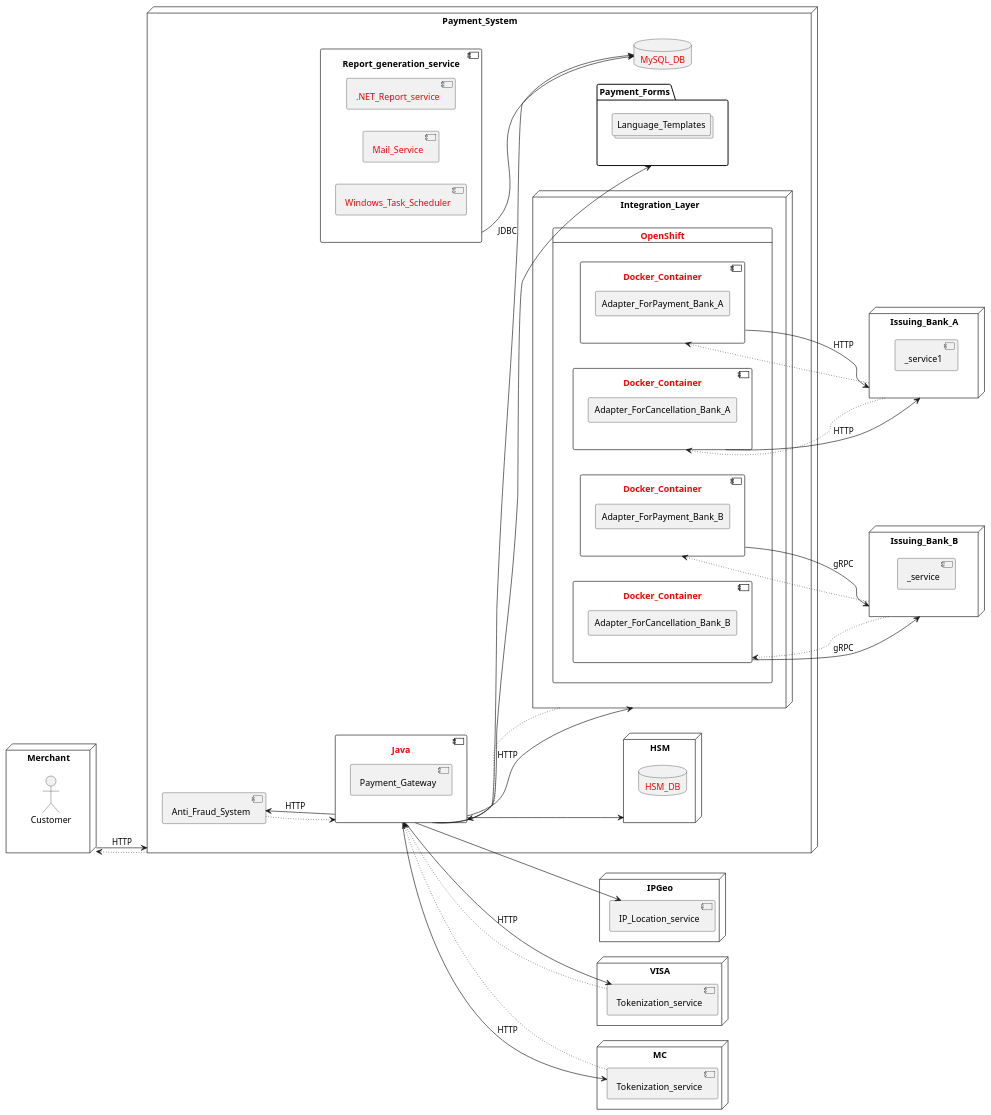
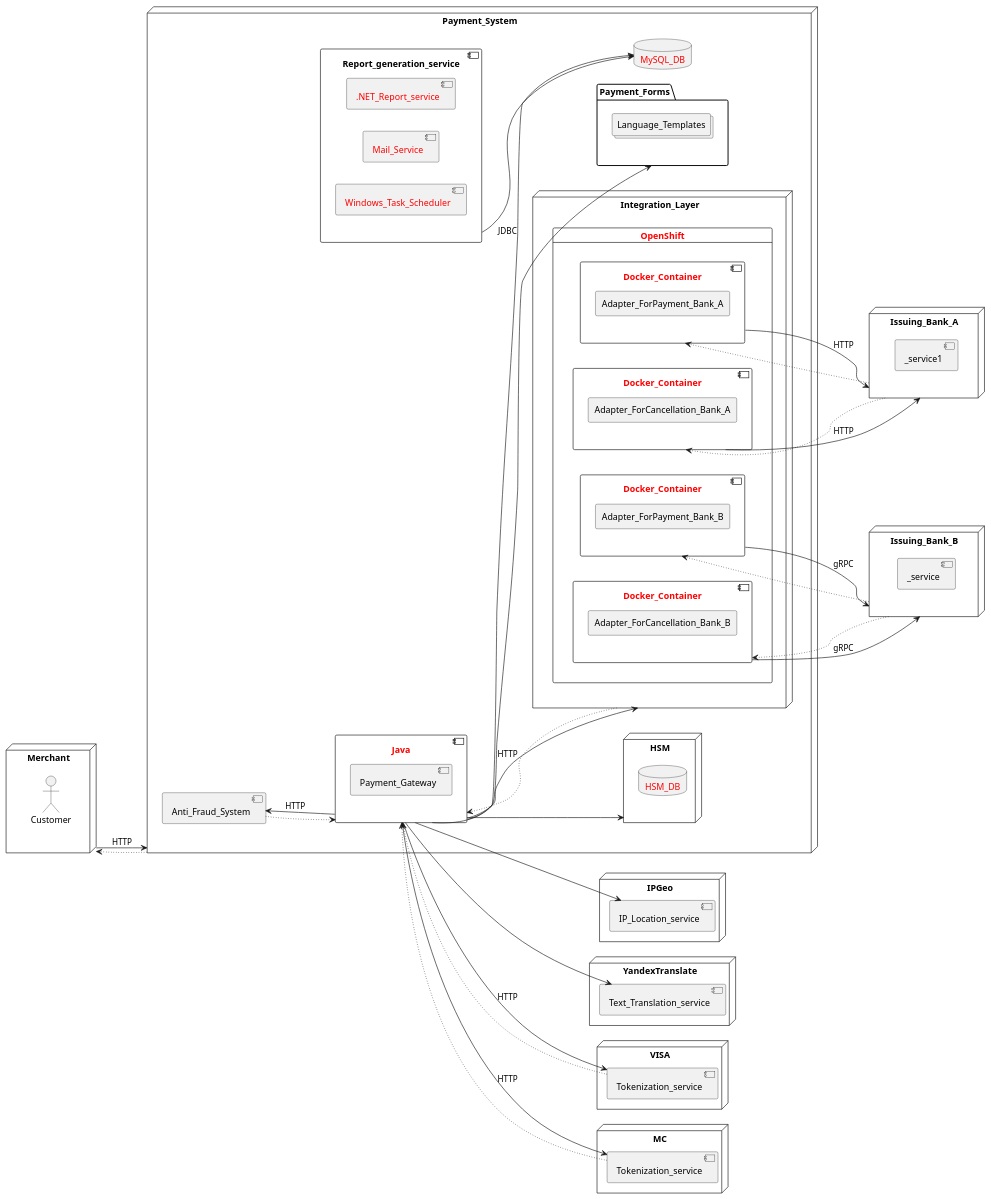
One commit to Hello-Stella/Solutions changed the diagram in .idea/src/main/OpenApi/3 System architecture/3.1 Component diagram.puml. Above: the diagram before and after it, drawn with PlantUML. The commit also changed 7 other files, not shown here.

```diff
--- a/.idea/src/main/OpenApi/3 System architecture/3.1 Component diagram.puml
+++ b/.idea/src/main/OpenApi/3 System architecture/3.1 Component diagram.puml
@@ -1,115 +1,120 @@
 @startuml
 
 left to right direction
 
 
 node Merchant as A{
 actor Customer
 }
 
 
 node Payment_System as B {
 component Java as C #text:red{
 component Payment_Gateway
 }
 
 
 component Anti_Fraud_System as D
 node Integration_Layer as E {
 card OpenShift #text:red {
 
 component Docker_Container as F #text:red {
 agent Adapter_ForPayment_Bank_A
 }
 
 component Docker_Container as F1 #text:red {
 agent Adapter_ForCancellation_Bank_A
 }
 
 
 component Docker_Container as G #text:red {
 agent Adapter_ForPayment_Bank_B
 }
 
 component Docker_Container as G1 #text:red {
 agent Adapter_ForCancellation_Bank_B
 }
 
 }
 
 }
 
 database MySQL_DB as DB #text:red
 
 node HSM as U {
 database HSM_DB #text:red
 }
 
 folder Payment_Forms as L {
 collections Language_Templates
 
 }
 
  component Report_generation_service as Y {
    component ".NET_Report_service" #text:red {
 }
    component Mail_Service #text:red{
 }
 
    component Windows_Task_Scheduler #text:red{
 }
 
 }
 
 }
 
 
 
 node IPGeo {
 component IP_Location_service as M
 }
 
+node YandexTranslate {
+component Text_Translation_service as MM
+}
+
 node VISA {
 component Tokenization_service as H
 }
 
 node MC {
 component Tokenization_service as I
 }
 
 
 node Issuing_Bank_A as J {
 component _service1
 }
 
 
 node Issuing_Bank_B as K {
 component _service
 }
 
 
 A-->B : HTTP
 B~~>A
 C-->L
 C-->E : HTTP
 E~~>C
 C-->D : HTTP
 D~~>C
 C-->DB : JDBC
 C-->U
 C-->H : HTTP
 H~~>C
 C-->M
+C-->MM
 C-->I : HTTP
 I~~>C
 F-->J : HTTP
 J~~>F
 F1-->J : HTTP
 J~~>F1
 G-->K : gRPC
 K~~>G
 G1-->K : gRPC
 K~~>G1
 Y-->DB
 
 @enduml
```
